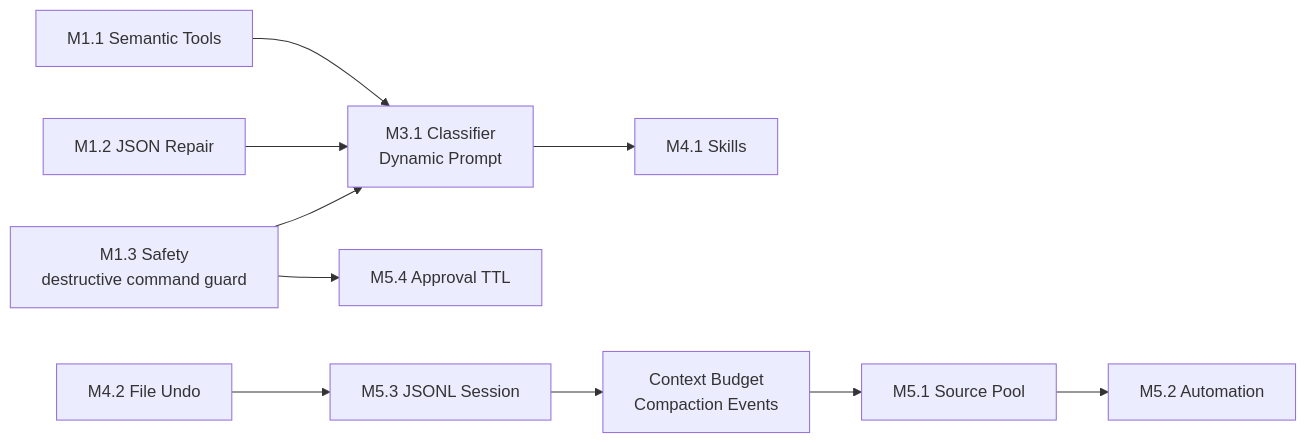
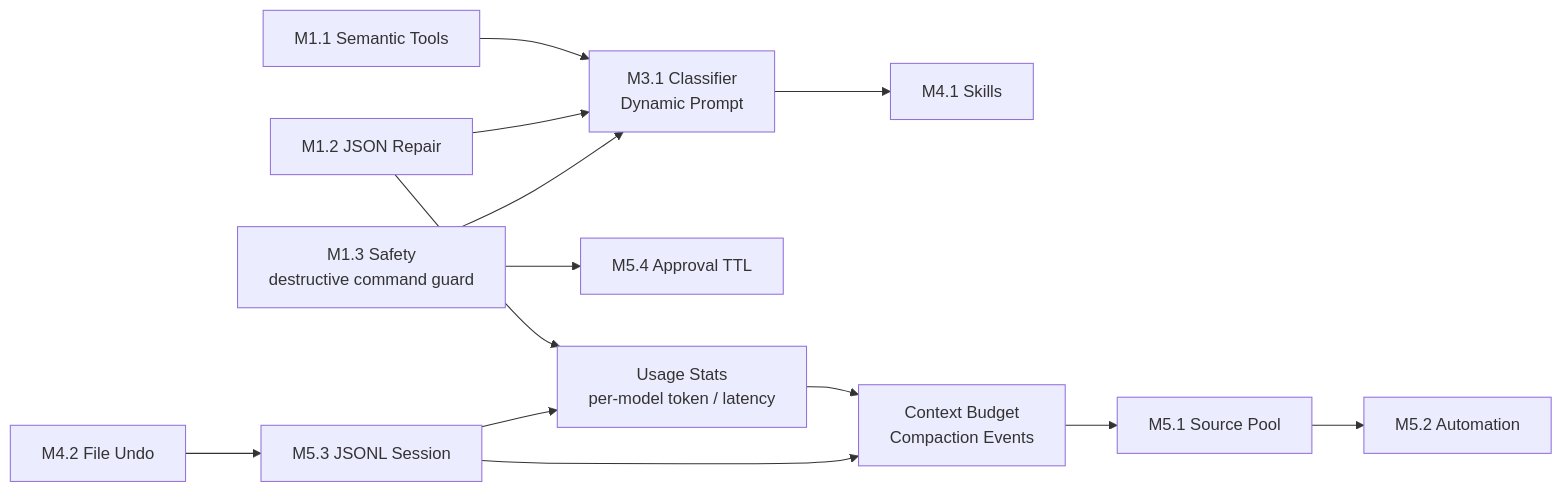
Before and after one commit to web3infra-foundation/libra: the second of 3 diagrams in docs/improvement/agent.md, drawn with Mermaid. The commit also changed other lines of this file and 17 other files, not shown here.

````diff
--- a/docs/improvement/agent.md
+++ b/docs/improvement/agent.md
@@ -216,24 +228,28 @@
 ```mermaid
 flowchart LR
     S["M1.3 Safety<br/>destructive command guard"]
     J["M1.2 JSON Repair"]
     Sem["M1.1 Semantic Tools"]
     C["M3.1 Classifier<br/>Dynamic Prompt"]
     U["M4.2 File Undo"]
     TTL["M5.4 Approval TTL"]
     Skill["M4.1 Skills"]
     Store["M5.3 JSONL Session"]
     Ctx["Context Budget<br/>Compaction Events"]
     Source["M5.1 Source Pool"]
     Auto["M5.2 Automation"]
+    Usage["Usage Stats<br/>per-model token / latency"]
 
     S --> C
     J --> C
     Sem --> C
     S --> TTL
     U --> Store
     Store --> Ctx
     Ctx --> Source
     C --> Skill
     Source --> Auto
+    Store --> Usage
+    J --> Usage
+    Usage --> Ctx
 ```
````
